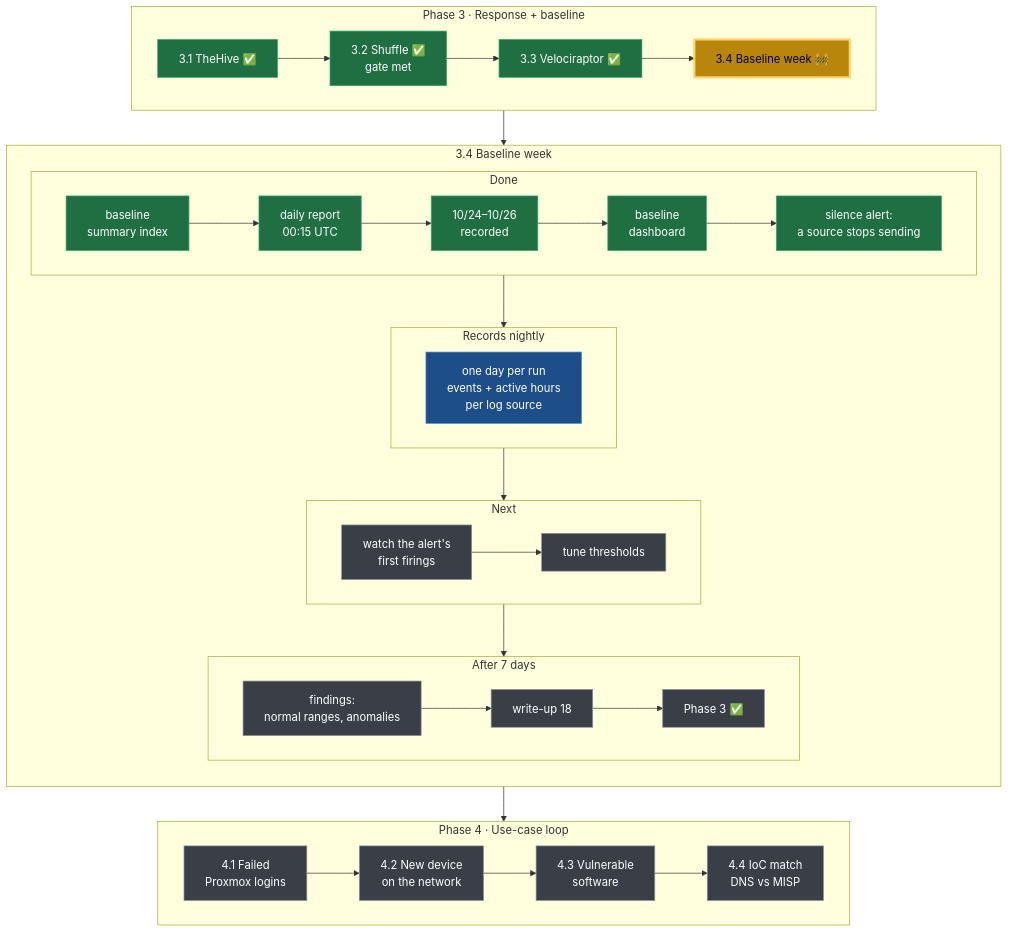
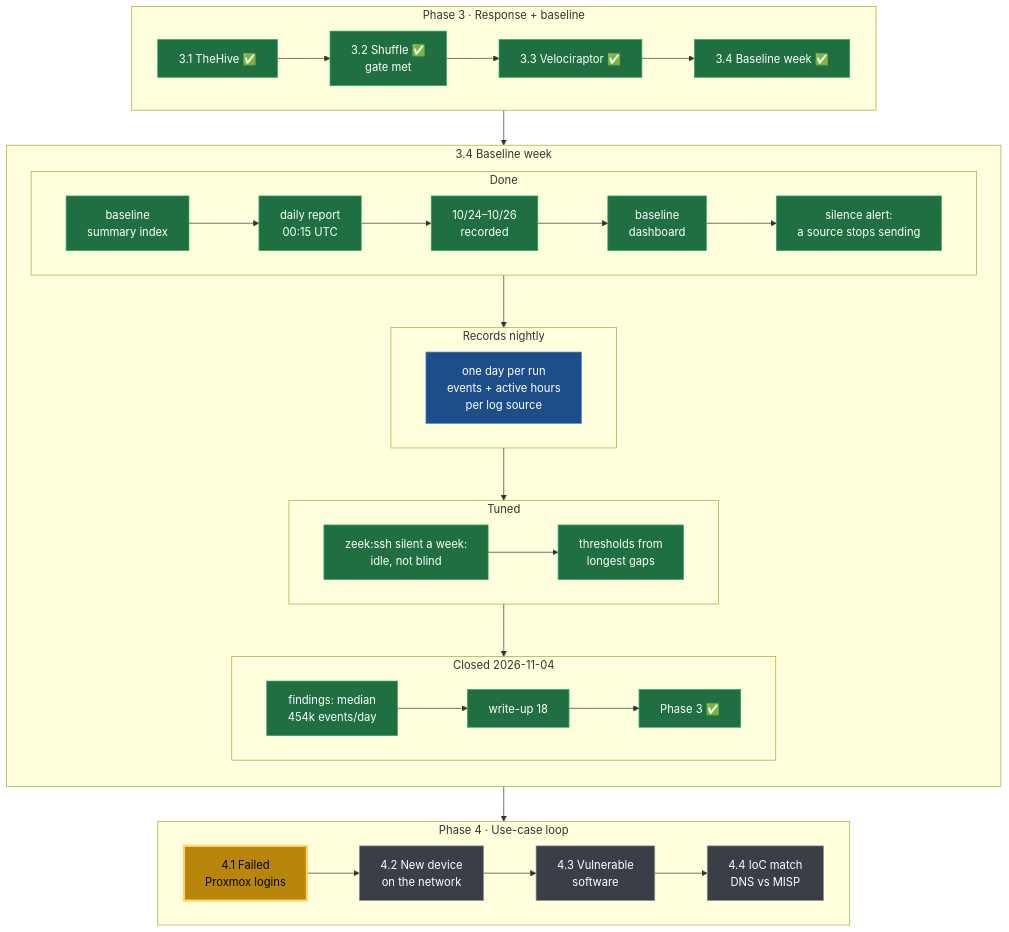
The second of 3 diagrams in 00-START-HERE-Build-Log/ROADMAP.md (caleb57912/SOC-Homelab), drawn with Mermaid before and after one commit. The commit also changed other lines of this file and 15 other files, not shown here.

Commit message:
3.4 Baseline week: 11-day findings, silence alert retuned from recorded gaps, Phase 3 complete

````diff
--- a/00-START-HERE-Build-Log/ROADMAP.md
+++ b/00-START-HERE-Build-Log/ROADMAP.md
@@ -23,45 +23,45 @@
 ```mermaid
 flowchart TB
     subgraph P3["Phase 3 · Response + baseline"]
         direction LR
-        A1["3.1 TheHive ✅"] --> A2["3.2 Shuffle ✅<br/>gate met"] --> A3["3.3 Velociraptor ✅"] --> A4["3.4 Baseline week 🚧"]
+        A1["3.1 TheHive ✅"] --> A2["3.2 Shuffle ✅<br/>gate met"] --> A3["3.3 Velociraptor ✅"] --> A4["3.4 Baseline week ✅"]
     end
 
     subgraph B["3.4 Baseline week"]
         direction TB
         subgraph DONE["Done"]
             direction LR
             D1["baseline<br/>summary index"] --> D2["daily report<br/>00:15 UTC"] --> D3["10/24–10/26<br/>recorded"] --> D4["baseline<br/>dashboard"] --> D5["silence alert:<br/>a source stops sending"]
         end
         subgraph AUTO["Records nightly"]
             direction LR
             R1["one day per run<br/>events + active hours<br/>per log source"]
         end
-        subgraph NEXT["Next"]
+        subgraph NEXT["Tuned"]
             direction LR
-            N1["watch the alert's<br/>first firings"] --> N2["tune thresholds"]
+            N1["zeek:ssh silent a week:<br/>idle, not blind"] --> N2["thresholds from<br/>longest gaps"]
         end
-        subgraph END["After 7 days"]
+        subgraph END["Closed 2026-11-04"]
             direction LR
-            E1["findings:<br/>normal ranges, anomalies"] --> E2["write-up 18"] --> E3["Phase 3 ✅"]
+            E1["findings: median<br/>454k events/day"] --> E2["write-up 18"] --> E3["Phase 3 ✅"]
         end
         DONE --> AUTO --> NEXT --> END
     end
 
     subgraph P4["Phase 4 · Use-case loop"]
         direction LR
         F1["4.1 Failed<br/>Proxmox logins"] --> F2["4.2 New device<br/>on the network"] --> F3["4.3 Vulnerable<br/>software"] --> F4["4.4 IoC match<br/>DNS vs MISP"]
     end
 
     A4 --> B
     END --> P4
 
     classDef done fill:#1f6f43,stroke:#2ea86b,color:#ffffff
     classDef now fill:#b8860b,stroke:#ffd166,color:#000000,stroke-width:3px
     classDef auto fill:#1d4e89,stroke:#4c8ed9,color:#ffffff
     classDef todo fill:#3a3f47,stroke:#8a929c,color:#ffffff
-    class A1,A2,A3,D1,D2,D3,D4,D5 done
-    class A4 now
+    class A1,A2,A3,A4,D1,D2,D3,D4,D5,N1,N2,E1,E2,E3 done
     class R1 auto
-    class N1,N2,E1,E2,E3,F1,F2,F3,F4 todo
+    class F1 now
+    class F2,F3,F4 todo
 ```
````
